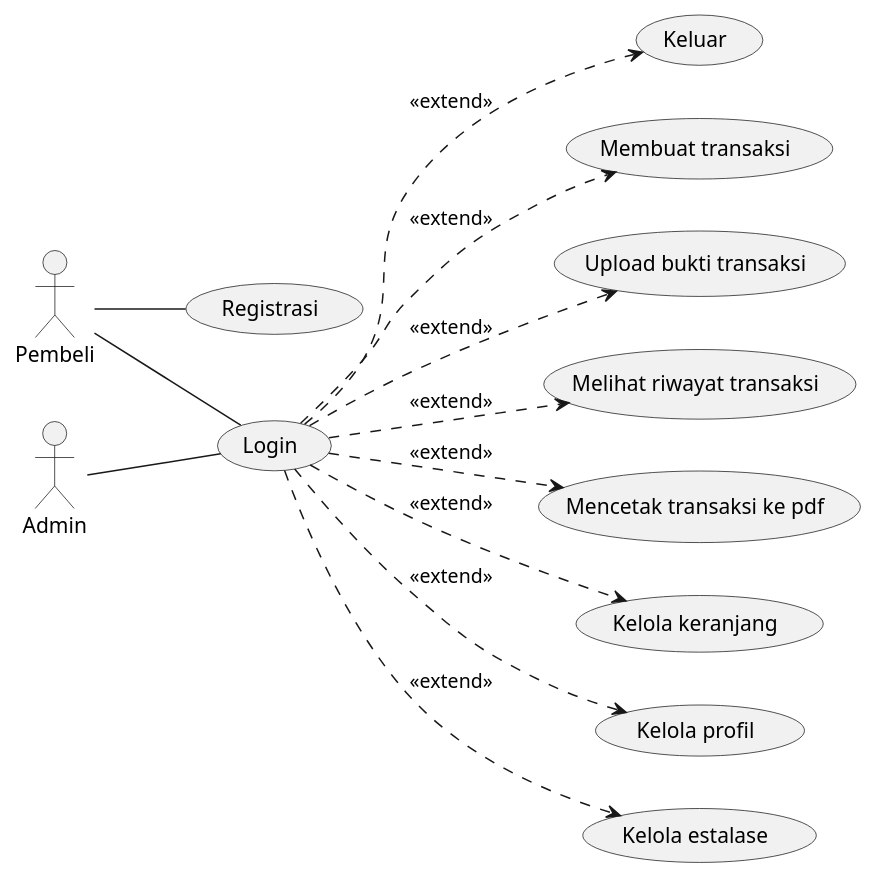
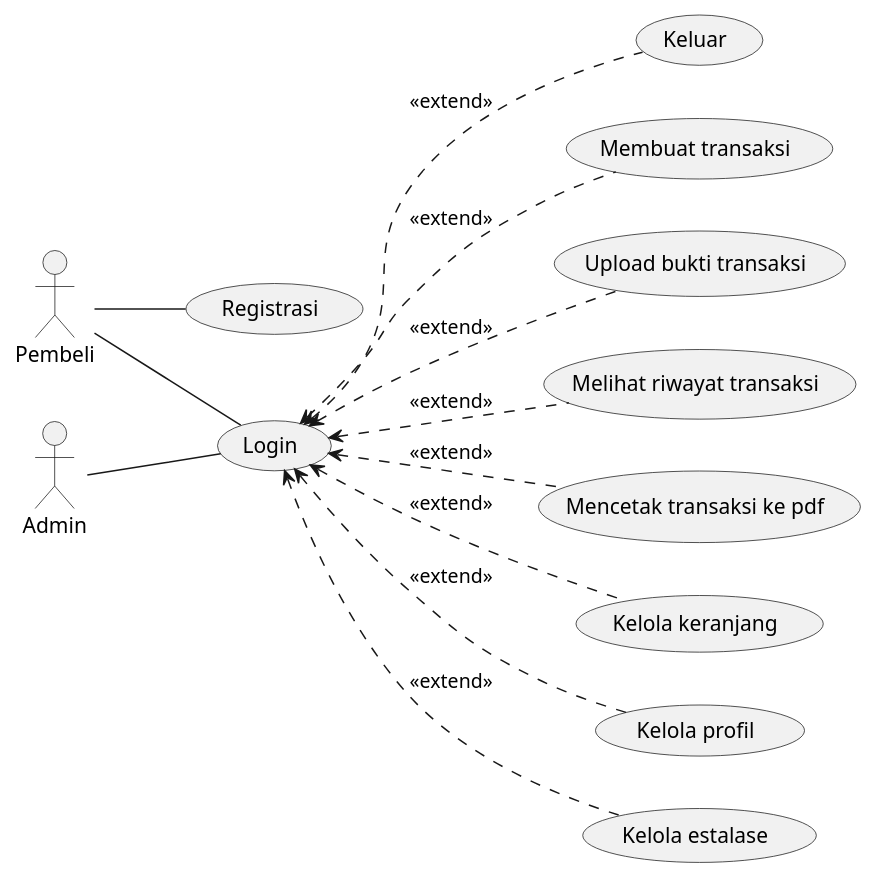
One commit to stnDinus/skpl_apbo_diagrams changed the diagram in use_case.puml. Above: the diagram before and after it, drawn with PlantUML.

Commit message:
fix: extend direction

```diff
--- a/use_case.puml
+++ b/use_case.puml
@@ -1,33 +1,33 @@
 @startuml
 left to right direction
 
 actor Pembeli as usr
 actor Admin as root
 
 (Login) as signin
 (Registrasi) as signup
 (Keluar) as signout
 (Membuat transaksi) as trx
 (Upload bukti transaksi) as up_trx_receipt
 (Melihat riwayat transaksi) as trx_history
 (Mencetak transaksi ke pdf) as pdf_trx
 (Kelola keranjang) as mng_cart
 (Kelola profil) as mng_profile
 (Kelola estalase) as stock
 
 usr -- signin
 usr -- signup
 
 root -- signin
 
-signin ..> trx: <<extend>>
-signin ..> up_trx_receipt: <<extend>>
-signin ..> trx_history: <<extend>>
-signin ..> pdf_trx: <<extend>>
-signin ..> mng_cart: <<extend>>
-signin ..> mng_profile: <<extend>>
-signin ..> signout: <<extend>>
+signin <.. trx: <<extend>>
+signin <.. up_trx_receipt: <<extend>>
+signin <.. trx_history: <<extend>>
+signin <.. pdf_trx: <<extend>>
+signin <.. mng_cart: <<extend>>
+signin <.. mng_profile: <<extend>>
+signin <.. signout: <<extend>>
 
-signin ..> stock: <<extend>>
+signin <.. stock: <<extend>>
 
 @enduml
```
